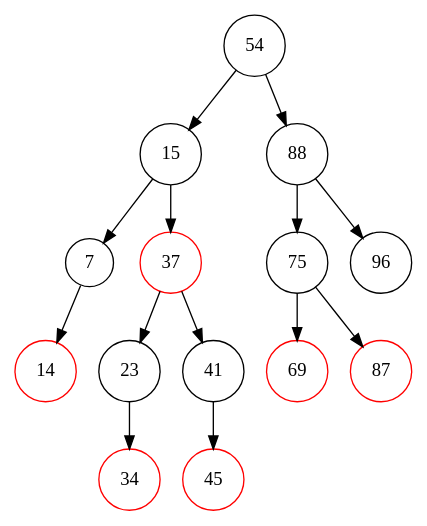
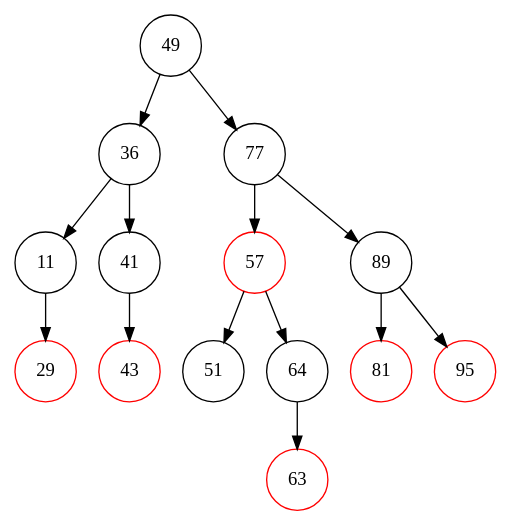
The diagram in tree_step_13.dot (Koreleth/rbtrees), drawn with Graphviz before and after one commit. The commit also changed 19 other files, not shown here.

```diff
--- a/tree_step_13.dot
+++ b/tree_step_13.dot
@@ -1,30 +1,30 @@
 digraph RBTree {
     node [shape=circle];
-    "54" [color=black];
-    "54" -> "15";
-    "15" [color=black];
-    "15" -> "7";
-    "7" [color=black];
-    "7" -> "14";
-    "14" [color=red];
-    "15" -> "37";
-    "37" [color=red];
-    "37" -> "23";
-    "23" [color=black];
-    "23" -> "34";
-    "34" [color=red];
-    "37" -> "41";
+    "49" [color=black];
+    "49" -> "36";
+    "36" [color=black];
+    "36" -> "11";
+    "11" [color=black];
+    "11" -> "29";
+    "29" [color=red];
+    "36" -> "41";
     "41" [color=black];
-    "41" -> "45";
-    "45" [color=red];
-    "54" -> "88";
-    "88" [color=black];
-    "88" -> "75";
-    "75" [color=black];
-    "75" -> "69";
-    "69" [color=red];
-    "75" -> "87";
-    "87" [color=red];
-    "88" -> "96";
-    "96" [color=black];
+    "41" -> "43";
+    "43" [color=red];
+    "49" -> "77";
+    "77" [color=black];
+    "77" -> "57";
+    "57" [color=red];
+    "57" -> "51";
+    "51" [color=black];
+    "57" -> "64";
+    "64" [color=black];
+    "64" -> "63";
+    "63" [color=red];
+    "77" -> "89";
+    "89" [color=black];
+    "89" -> "81";
+    "81" [color=red];
+    "89" -> "95";
+    "95" [color=red];
 }
```
